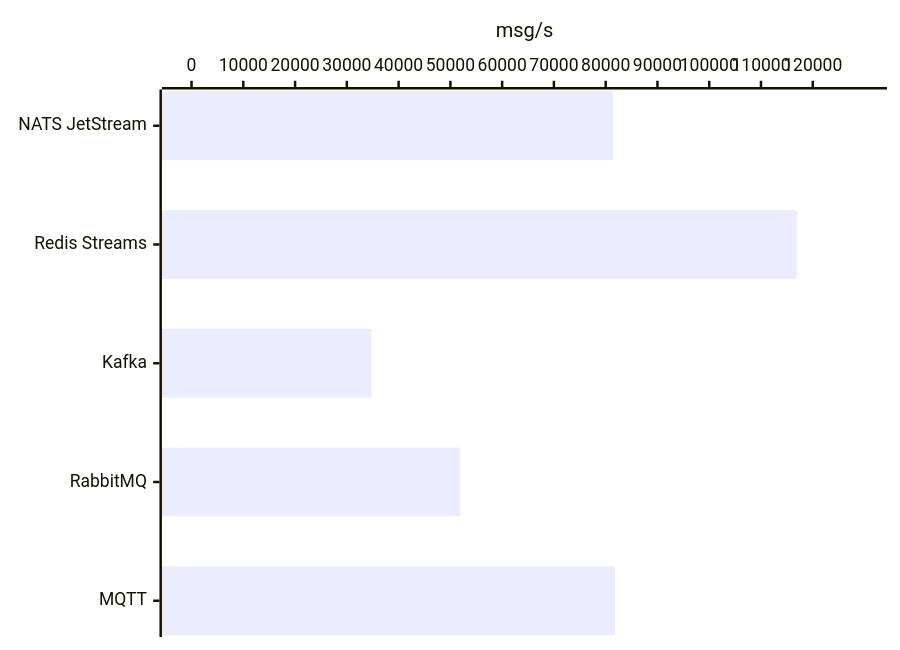
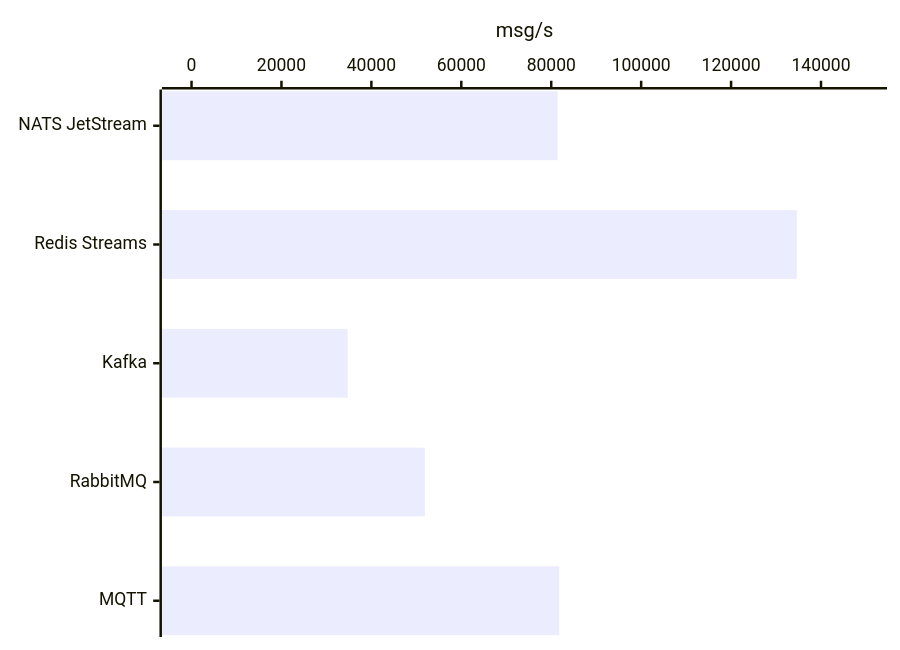
One commit to the-protobuf-project/runtime-rs changed the ninth of 9 diagrams in streams/benches/README.md. Above: the diagram before and after it, drawn with Mermaid. The commit also changed other lines of this file and 13 other files, not shown here.

````diff
--- a/streams/benches/README.md
+++ b/streams/benches/README.md
@@ -226,6 +226,6 @@
 ```mermaid
 xychart-beta horizontal
     x-axis ["NATS JetStream", "Redis Streams", "Kafka", "RabbitMQ", "MQTT"]
-    y-axis "msg/s" 0 --> 128625
-    bar [81427, 116932, 34739, 51918, 81778]
+    y-axis "msg/s" 0 --> 148099
+    bar [81427, 134635, 34739, 51918, 81778]
 ```
````
